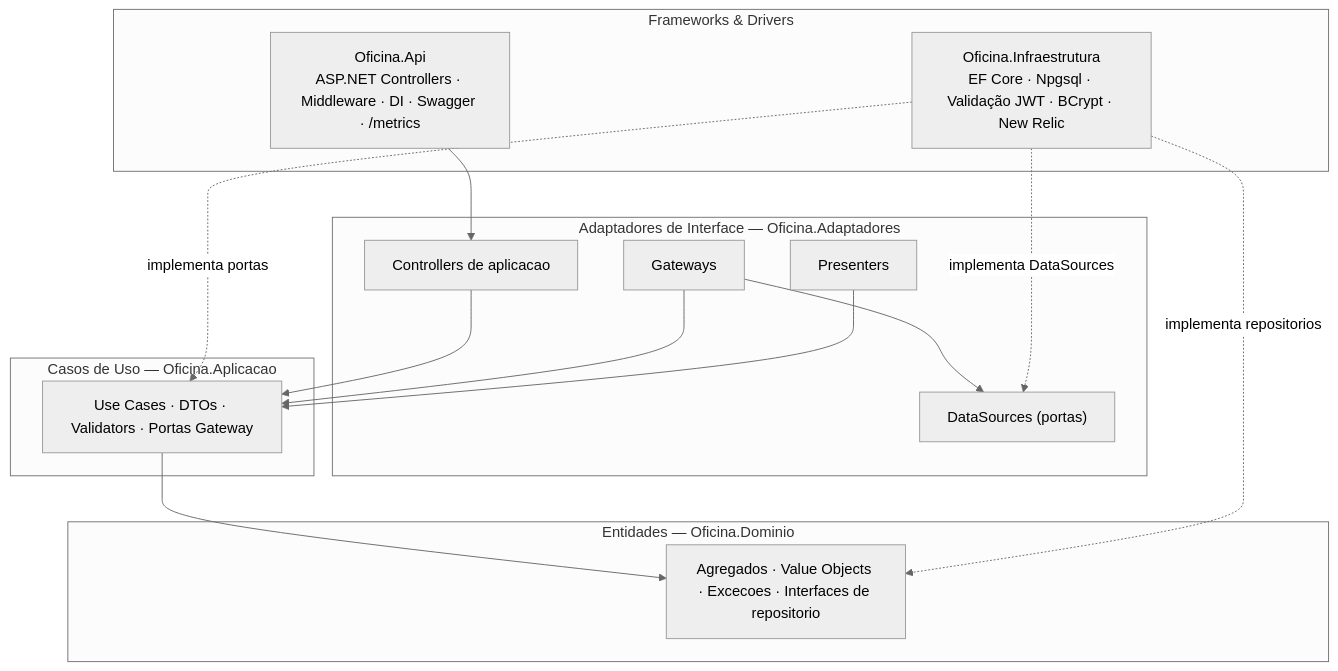
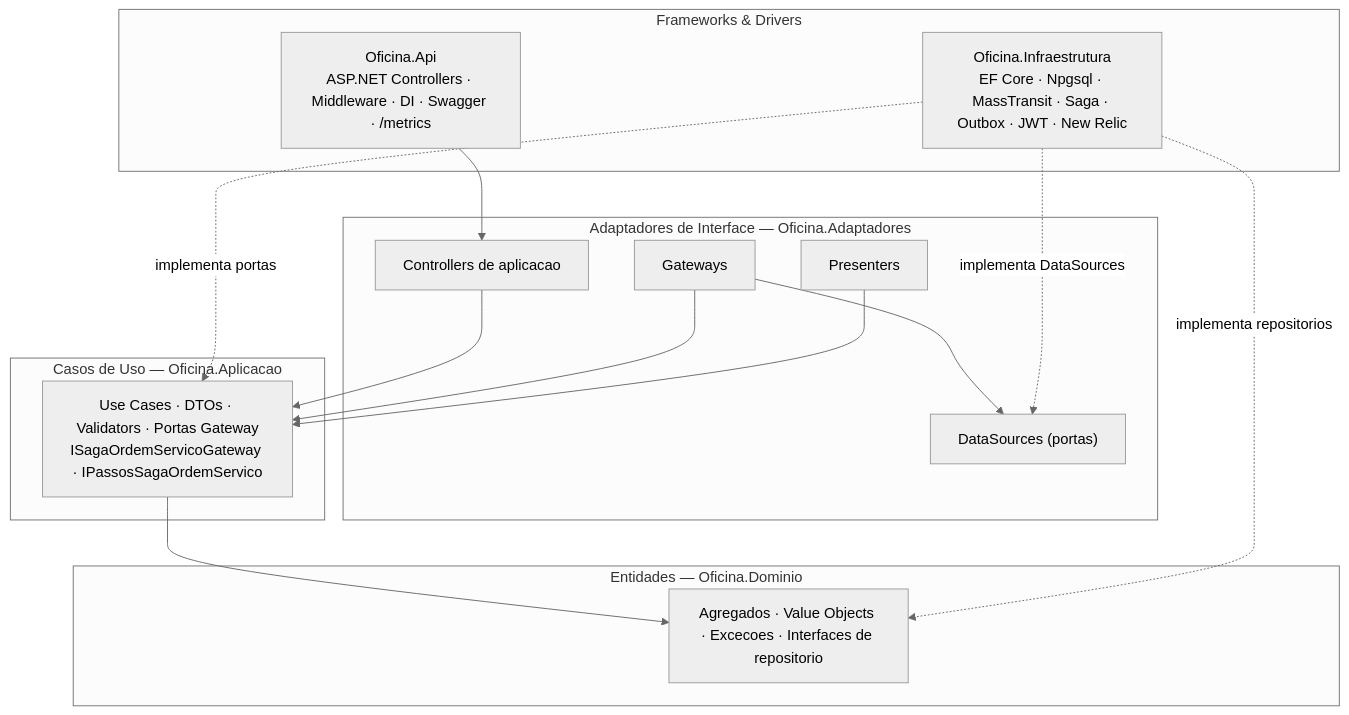
One commit to lcr-thiago-fernandes/oficina-app changed the third of 6 diagrams in README.md. Above: the diagram before and after it, drawn with Mermaid (neutral theme). The commit also changed other lines of this file and 15 other files, not shown here.

````diff
--- a/README.md
+++ b/README.md
@@ -87,29 +162,29 @@
 ```mermaid
 flowchart TB
     subgraph FD["Frameworks & Drivers"]
         API["Oficina.Api<br/>ASP.NET Controllers · Middleware · DI · Swagger · /metrics"]
-        INFRA["Oficina.Infraestrutura<br/>EF Core · Npgsql · Validação JWT · BCrypt · New Relic"]
+        INFRA["Oficina.Infraestrutura<br/>EF Core · Npgsql · MassTransit · Saga · Outbox · JWT · New Relic"]
     end
     subgraph IA["Adaptadores de Interface — Oficina.Adaptadores"]
         CTRL["Controllers de aplicacao"]
         GW["Gateways"]
         PRES["Presenters"]
         DS["DataSources (portas)"]
     end
     subgraph CU["Casos de Uso — Oficina.Aplicacao"]
-        USE["Use Cases · DTOs · Validators · Portas Gateway"]
+        USE["Use Cases · DTOs · Validators · Portas Gateway<br/>ISagaOrdemServicoGateway · IPassosSagaOrdemServico"]
     end
     subgraph EN["Entidades — Oficina.Dominio"]
         DOM["Agregados · Value Objects · Excecoes · Interfaces de repositorio"]
     end
 
     API --> CTRL
     CTRL --> USE
     GW --> USE
     PRES --> USE
     GW --> DS
     USE --> DOM
     INFRA -. implementa DataSources .-> DS
     INFRA -. implementa portas .-> USE
     INFRA -. implementa repositorios .-> DOM
 ```
````
